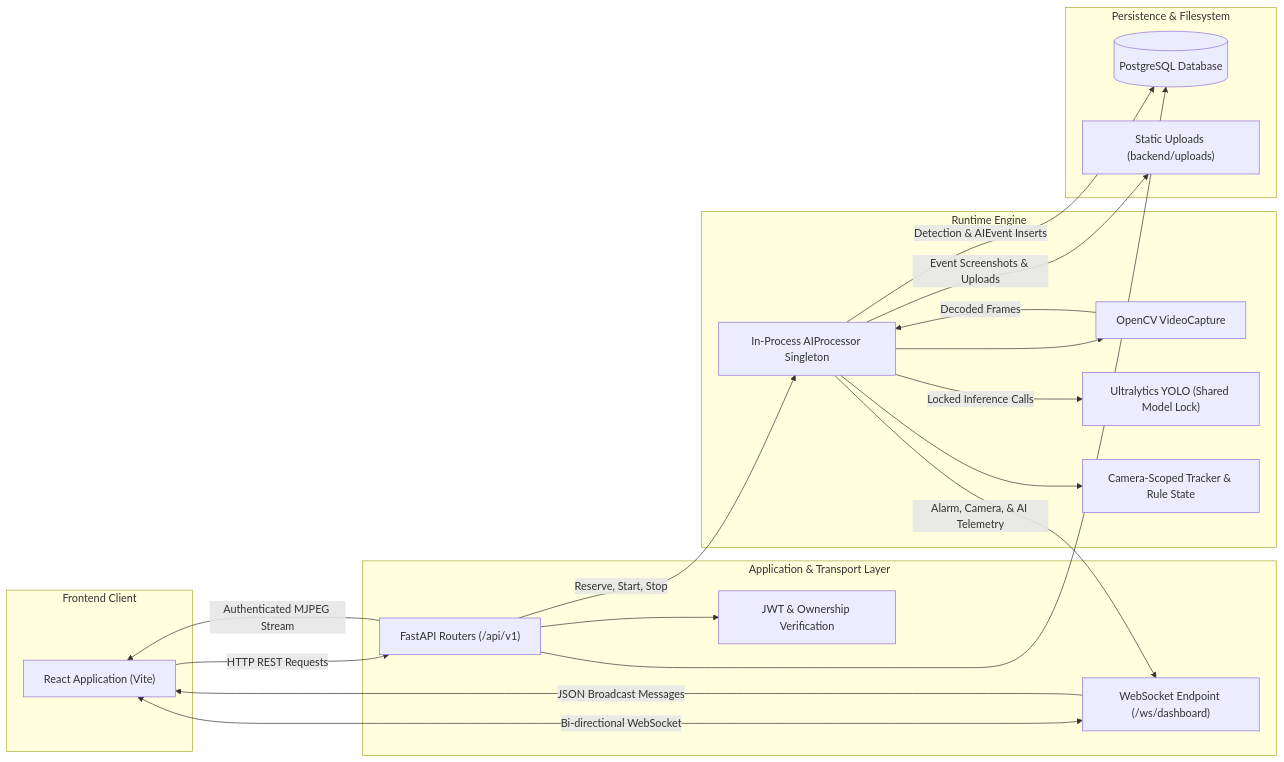
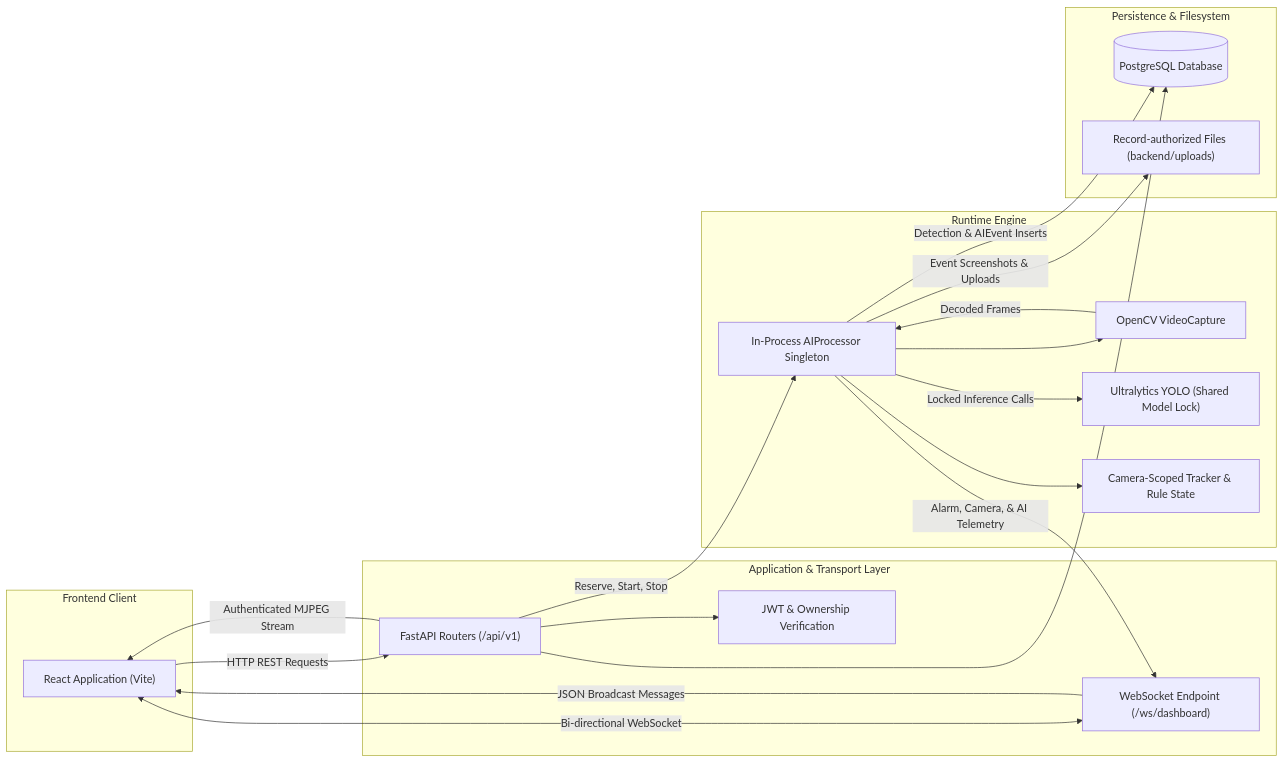
One commit to eslam-adel25/AeroGuard-AI changed the first of 3 diagrams in README.md. Above: the diagram before and after it, drawn with Mermaid. The commit also changed other lines of this file and 73 other files, not shown here.

````diff
--- a/README.md
+++ b/README.md
@@ -114,39 +114,39 @@
 ```mermaid
 flowchart LR
     subgraph Client ["Frontend Client"]
         Browser["React Application (Vite)"]
     end
 
     subgraph API_Layer ["Application & Transport Layer"]
         API["FastAPI Routers (/api/v1)"]
         WS["WebSocket Endpoint (/ws/dashboard)"]
         Auth["JWT & Ownership Verification"]
     end
 
     subgraph Engine ["Runtime Engine"]
         Runtime["In-Process AIProcessor Singleton"]
         Capture["OpenCV VideoCapture"]
         YOLO["Ultralytics YOLO (Shared Model Lock)"]
         Tracker["Camera-Scoped Tracker & Rule State"]
     end
 
     subgraph Storage ["Persistence & Filesystem"]
         DB[("PostgreSQL Database")]
-        Uploads["Static Uploads (backend/uploads)"]
+        Uploads["Record-authorized Files (backend/uploads)"]
     end
 
     Browser -->|HTTP REST Requests| API
     Browser <-->|Bi-directional WebSocket| WS
     API --> Auth
     API --> DB
     API -->|Reserve, Start, Stop| Runtime
     Runtime --> Capture
     Capture -->|Decoded Frames| Runtime
     Runtime -->|Locked Inference Calls| YOLO
     Runtime --> Tracker
     Runtime -->|Detection & AIEvent Inserts| DB
     Runtime -->|Alarm, Camera, & AI Telemetry| WS
     Runtime -->|Event Screenshots & Uploads| Uploads
     API -->|Authenticated MJPEG Stream| Browser
     WS -->|JSON Broadcast Messages| Browser
 ```
````
